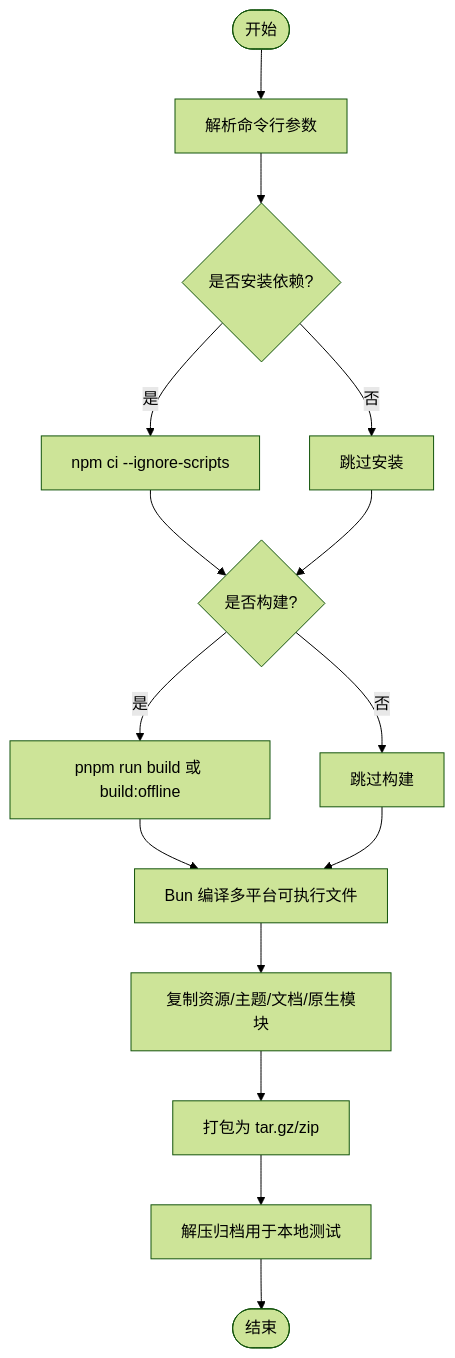
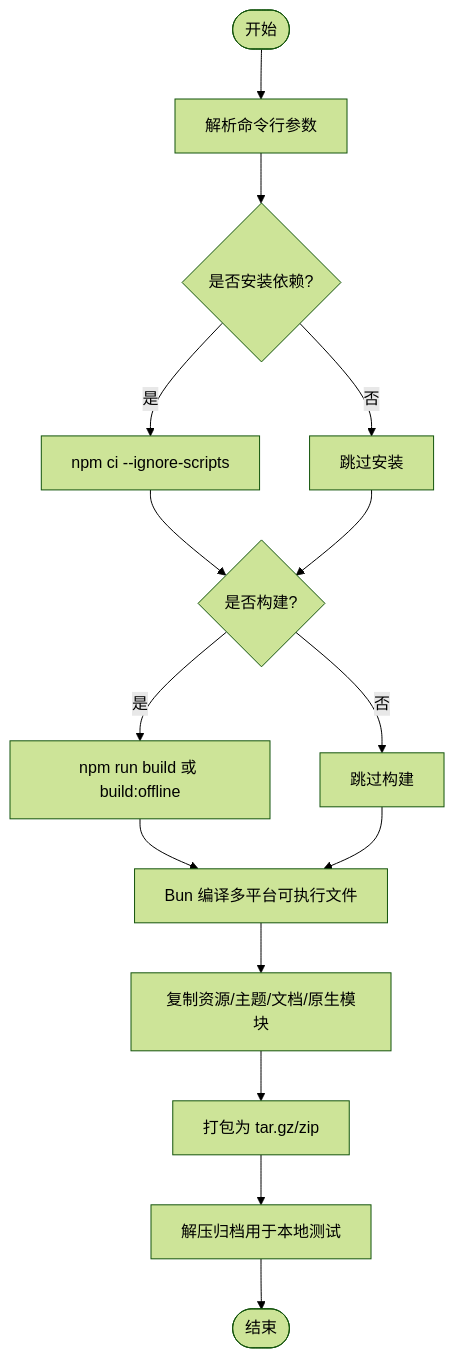
The fourth of 7 diagrams in .qoder/repowiki/zh/content/开发者指南/构建与发布.md (FDE-GROUP/oh-my-coding-agent), drawn with Mermaid (forest theme) before and after one commit. The commit also changed other lines of this file and 433 other files, not shown here.

````diff
--- a/.qoder/repowiki/zh/content/开发者指南/构建与发布.md
+++ b/.qoder/repowiki/zh/content/开发者指南/构建与发布.md
@@ -173,17 +173,17 @@
 ```mermaid
 flowchart TD
 S(["开始"]) --> Parse["解析命令行参数"]
 Parse --> Install{"是否安装依赖?"}
 Install --> |是| NpmCi["npm ci --ignore-scripts"]
 Install --> |否| SkipInstall["跳过安装"]
 NpmCi --> Build{"是否构建?"}
 SkipInstall --> Build
-Build --> |是| RunBuild["pnpm run build 或 build:offline"]
+Build --> |是| RunBuild["npm run build 或 build:offline"]
 Build --> |否| SkipBuild["跳过构建"]
 RunBuild --> Compile["Bun 编译多平台可执行文件"]
 SkipBuild --> Compile
 Compile --> CopyAssets["复制资源/主题/文档/原生模块"]
 CopyAssets --> Archive["打包为 tar.gz/zip"]
 Archive --> Extract["解压归档用于本地测试"]
 Extract --> E(["结束"])
 ```
````
